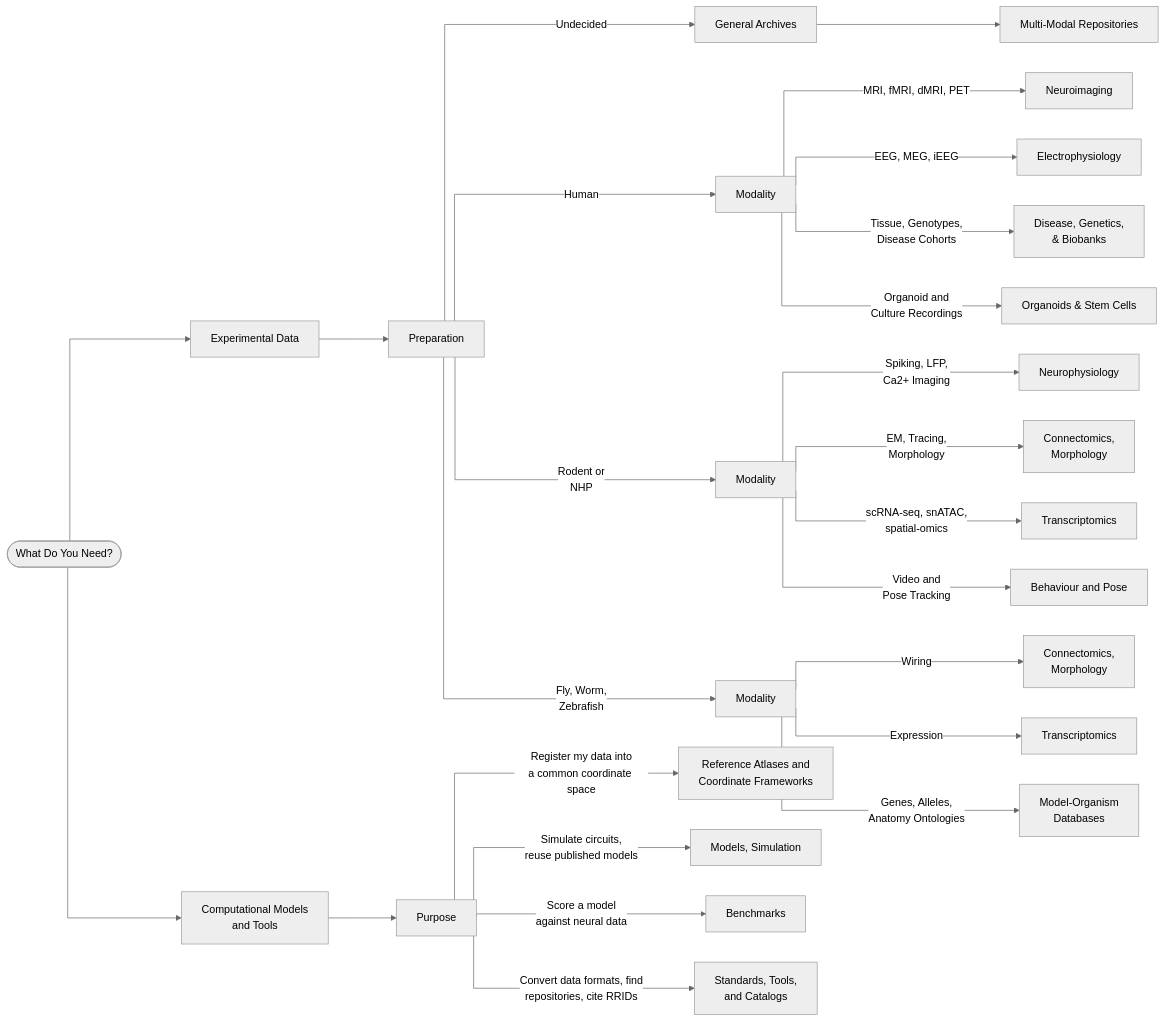
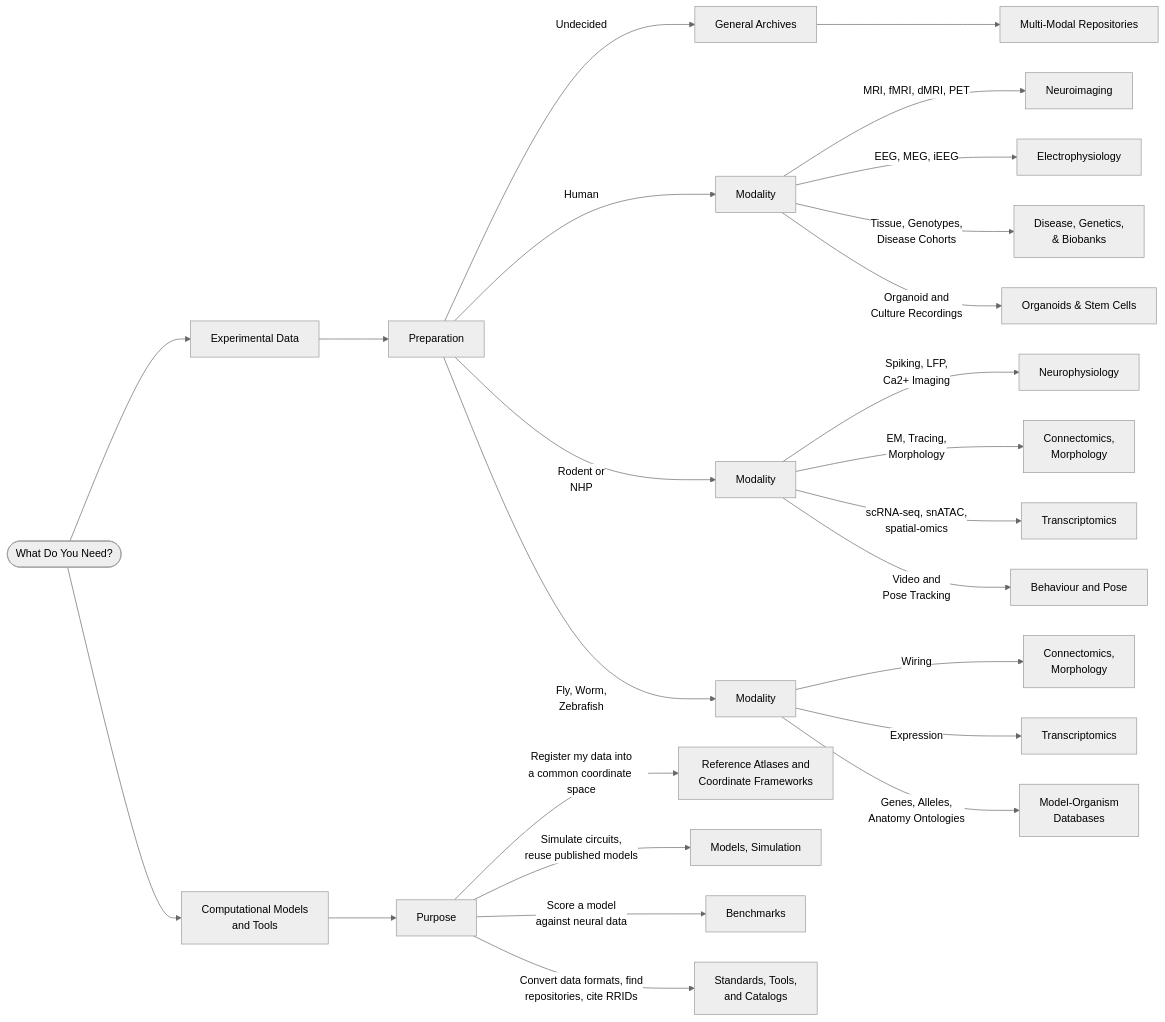
Before and after one commit to lauramedlock/neuroarchives: the diagram in docs/index.md, drawn with Mermaid (neutral theme).

Commit message:
Remove 'curve' option from mermaid flowchart

````diff
--- a/docs/index.md
+++ b/docs/index.md
@@ -41,35 +41,35 @@
 ```mermaid
-%%{init: {"flowchart": {"curve": "stepBefore", "useMaxWidth": true, "rankSpacing": 90, "nodeSpacing": 45}} }%%
+%%{init: {"flowchart": {"useMaxWidth": true, "rankSpacing": 90, "nodeSpacing": 45}} }%%
 flowchart LR
     START([What Do You Need?])
     START --> EXP[Experimental Data]
     START --> MOD[Computational Models<br>and Tools]
 
     EXP --> PREP[Preparation]
     PREP -->|Undecided| GEN[General Archives]
     PREP -->|Human| HU[Modality]
     PREP -->|Rodent or<br>NHP| RO[Modality]
     PREP -->|Fly, Worm,<br>Zebrafish| INV[Modality]
 
     HU -->|MRI, fMRI, dMRI, PET| E1[Neuroimaging]
     HU -->|EEG, MEG, iEEG| E2[Electrophysiology]
     HU -->|Tissue, Genotypes,<br>Disease Cohorts| E3[Disease, Genetics,<br>& Biobanks]
     HU -->|Organoid and<br>Culture Recordings| E4[Organoids & Stem Cells]
 
     RO -->|Spiking, LFP,<br>Ca2+ Imaging| E5[Neurophysiology] 
     RO -->|EM, Tracing,<br>Morphology| E6[Connectomics, <br> Morphology]
     RO -->|scRNA-seq, snATAC,<br>spatial-omics| E7[Transcriptomics]
     RO -->|Video and<br>Pose Tracking| E8[Behaviour and Pose]
 
     INV -->|Wiring| E6b[Connectomics,<br>Morphology]
     INV -->|Expression| E7b[Transcriptomics]
     INV -->|Genes, Alleles,<br>Anatomy Ontologies| E9[Model-Organism<br>Databases]
 
     GEN -->E10[Multi-Modal Repositories]
 
     MOD --> PURPOSE[Purpose]
     PURPOSE -->|Register my data into<br>a common coordinate space| M1[Reference Atlases and<br>Coordinate Frameworks]
     PURPOSE -->|Simulate circuits,<br>reuse published models| M2[Models, Simulation]
     PURPOSE -->|Score a model<br>against neural data| M4[Benchmarks]
     PURPOSE -->|Convert data formats, find<br>repositories, cite RRIDs| M3[Standards, Tools,<br>and Catalogs]
 ```
````
